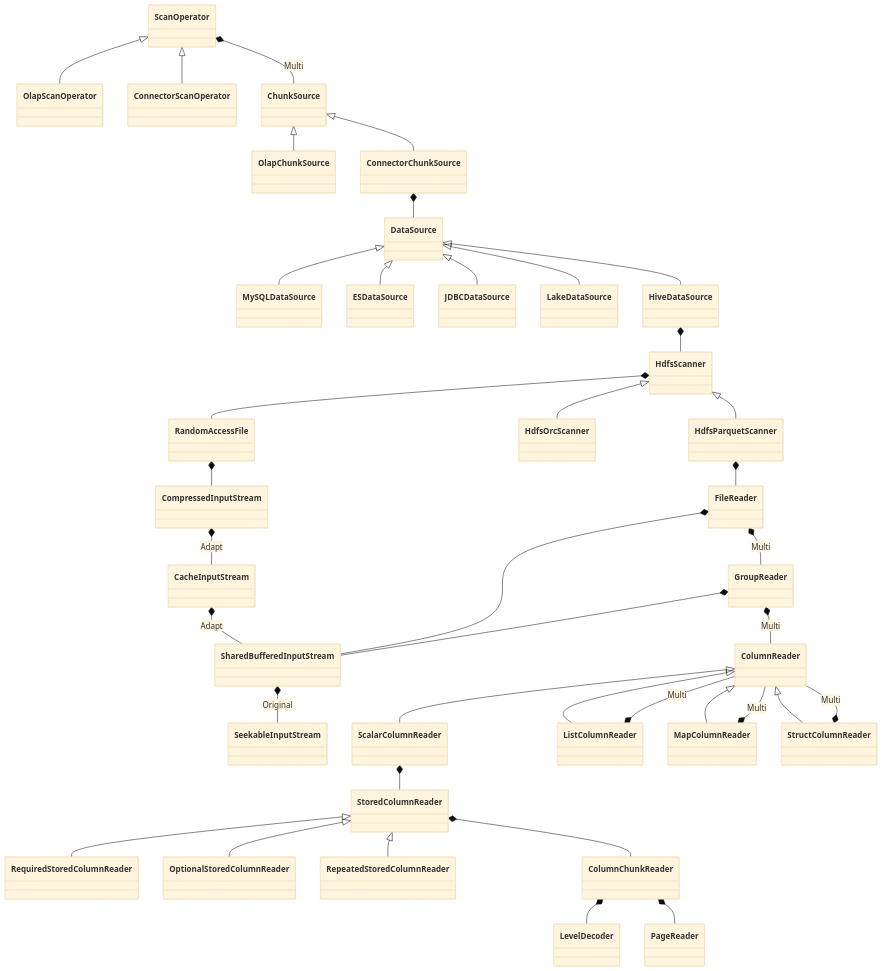
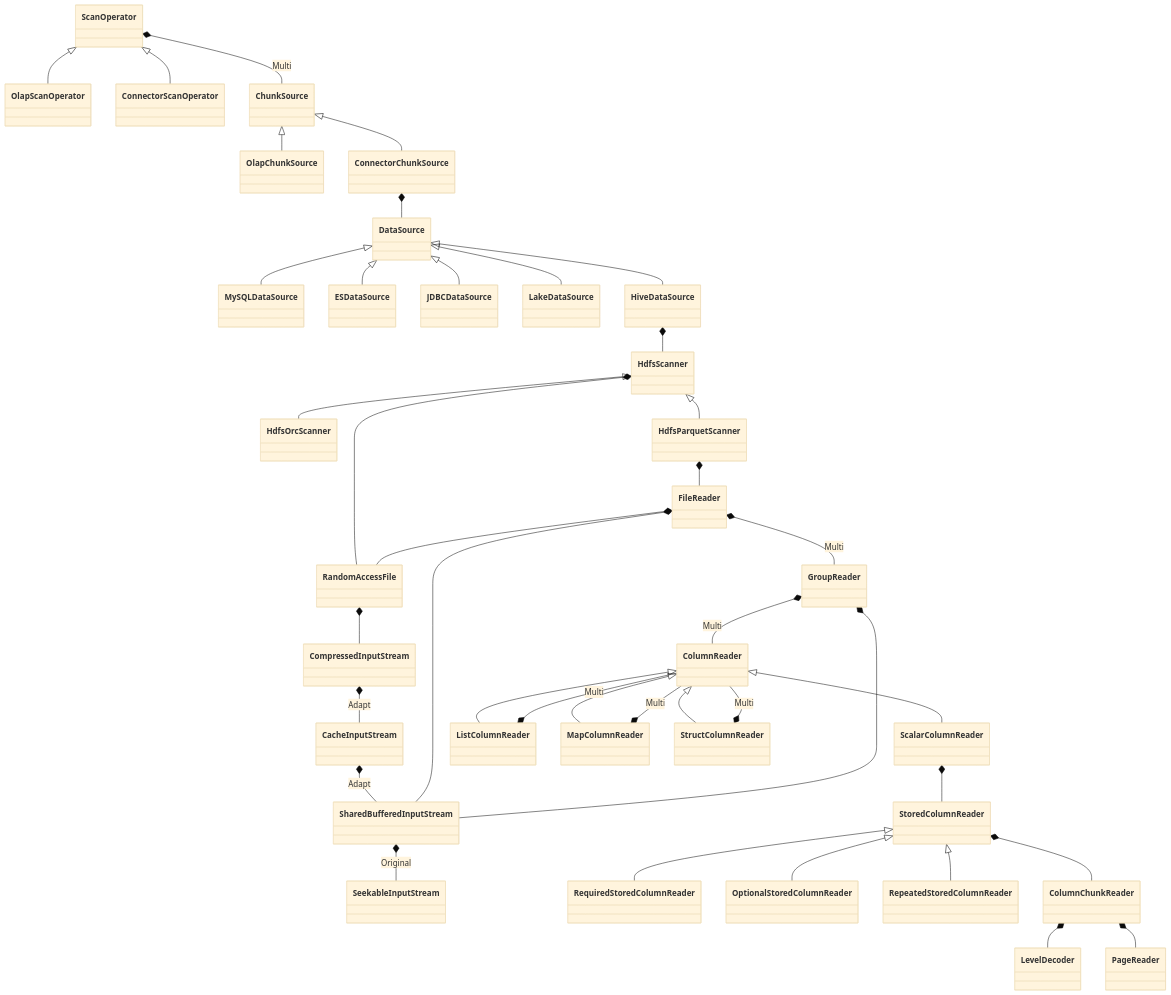
Before and after one commit to liuyehcf/BlogSource: the diagram in _unposts/codebase/StarRocks.md, drawn with Mermaid (base theme). The commit also changed 8 other files, not shown here.

````diff
--- a/_unposts/codebase/StarRocks.md
+++ b/_unposts/codebase/StarRocks.md
@@ -558,41 +558,42 @@
 ```mermaid
 classDiagram
     ScanOperator <|-- OlapScanOperator
     ScanOperator <|-- ConnectorScanOperator
     ScanOperator *-- ChunkSource: Multi
     ChunkSource <|-- OlapChunkSource
     ChunkSource <|-- ConnectorChunkSource
     ConnectorChunkSource *-- DataSource
     DataSource <|-- MySQLDataSource
     DataSource <|-- ESDataSource
     DataSource <|-- JDBCDataSource
     DataSource <|-- LakeDataSource
     DataSource <|-- HiveDataSource
     HiveDataSource *-- HdfsScanner
     HdfsScanner *-- RandomAccessFile
     RandomAccessFile *-- CompressedInputStream
     CompressedInputStream *-- CacheInputStream: Adapt
     CacheInputStream *-- SharedBufferedInputStream: Adapt
     SharedBufferedInputStream *-- SeekableInputStream: Original
     HdfsScanner <|-- HdfsOrcScanner
     HdfsScanner <|-- HdfsParquetScanner
     HdfsParquetScanner *-- FileReader
+    FileReader *-- RandomAccessFile
     FileReader *-- GroupReader: Multi
     FileReader *-- SharedBufferedInputStream
     GroupReader *-- ColumnReader: Multi
     GroupReader *-- SharedBufferedInputStream
     ColumnReader <|-- ScalarColumnReader
     ColumnReader <|-- ListColumnReader
     ColumnReader <|-- MapColumnReader
     ColumnReader <|-- StructColumnReader
     ListColumnReader *-- ColumnReader: Multi
     MapColumnReader *-- ColumnReader: Multi
     StructColumnReader *-- ColumnReader: Multi
     ScalarColumnReader *-- StoredColumnReader
     StoredColumnReader <|-- RequiredStoredColumnReader
     StoredColumnReader <|-- OptionalStoredColumnReader
     StoredColumnReader <|-- RepeatedStoredColumnReader
     StoredColumnReader *-- ColumnChunkReader
     ColumnChunkReader *-- LevelDecoder
     ColumnChunkReader *-- PageReader
 ```
````
